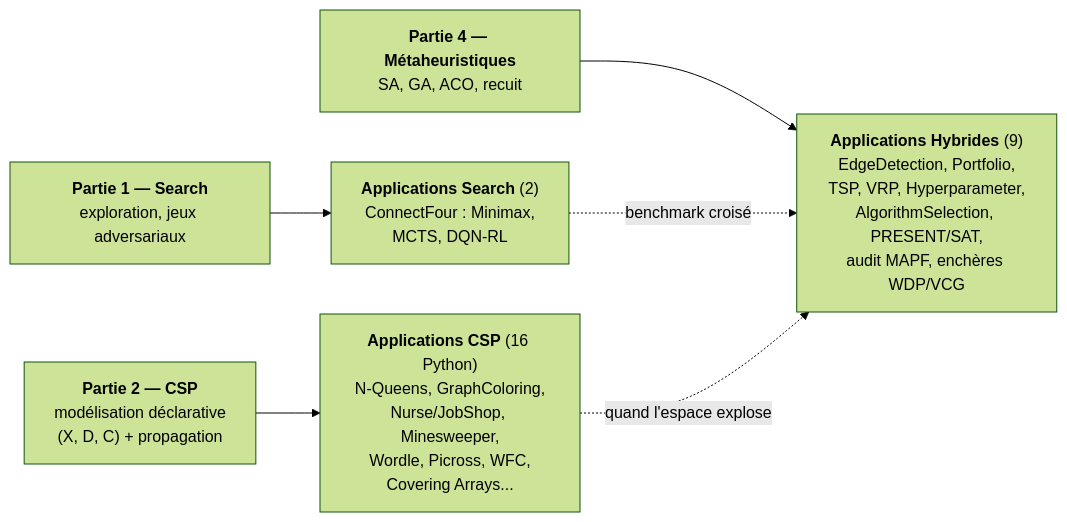
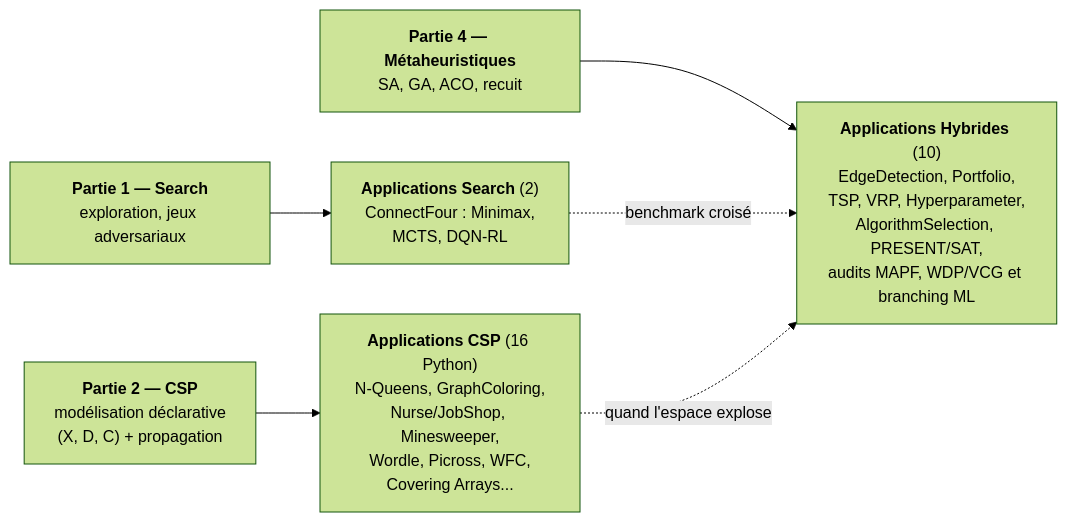
Before and after one commit to jsboige/CoursIA: the diagram in MyIA.AI.Notebooks/Search/Applications/README.md, drawn with Mermaid (forest theme). The commit also changed other lines of this file and 8 other files, not shown here.

````diff
--- a/MyIA.AI.Notebooks/Search/Applications/README.md
+++ b/MyIA.AI.Notebooks/Search/Applications/README.md
@@ -38,14 +38,14 @@
 ```mermaid
 flowchart LR
     P1["<b>Partie 1 — Search</b><br/>exploration, jeux adversariaux"]
     P2["<b>Partie 2 — CSP</b><br/>modélisation déclarative<br/>(X, D, C) + propagation"]
     P4["<b>Partie 4 — Métaheuristiques</b><br/>SA, GA, ACO, recuit"]
     S["<b>Applications Search</b> (2)<br/>ConnectFour : Minimax,<br/>MCTS, DQN-RL"]
     C["<b>Applications CSP</b> (16 Python)<br/>N-Queens, GraphColoring,<br/>Nurse/JobShop, Minesweeper,<br/>Wordle, Picross, WFC,<br/>Covering Arrays..."]
-    H["<b>Applications Hybrides</b> (9)<br/>EdgeDetection, Portfolio,<br/>TSP, VRP, Hyperparameter,<br/>AlgorithmSelection, PRESENT/SAT,<br/>audit MAPF, enchères WDP/VCG"]
+    H["<b>Applications Hybrides</b> (10)<br/>EdgeDetection, Portfolio,<br/>TSP, VRP, Hyperparameter,<br/>AlgorithmSelection, PRESENT/SAT,<br/>audits MAPF, WDP/VCG et branching ML"]
     P1 --> S
     P2 --> C
     P4 --> H
     S -.->|"benchmark croisé"| H
     C -.->|"quand l'espace explose"| H
 ```
````
